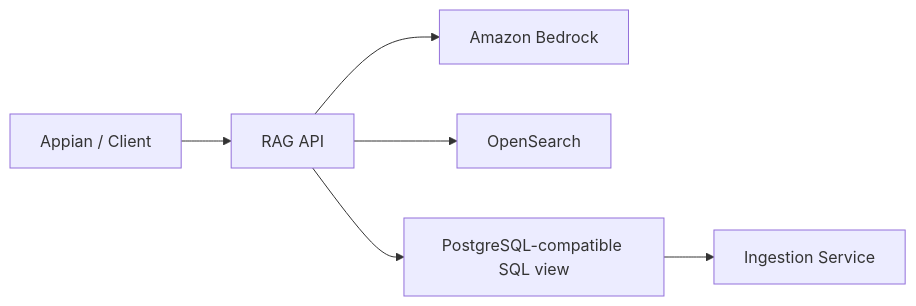
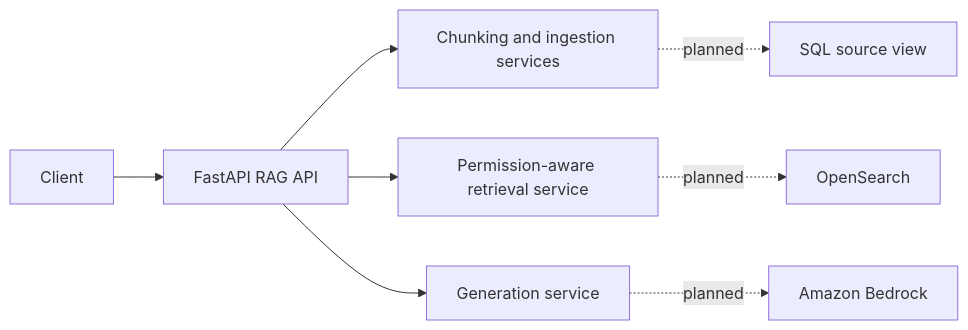
Before and after one commit to pryatahumayun/playground-main: the diagram in playground-main/projects/rag-api-poc/README.md, drawn with Mermaid. The commit also changed other lines of this file and 53 other files, not shown here.

````diff
--- a/playground-main/projects/rag-api-poc/README.md
+++ b/playground-main/projects/rag-api-poc/README.md
@@ -7,8 +29,10 @@
 ```mermaid
 flowchart LR
-    A[Appian / Client] --> B[RAG API]
-    B --> C[Amazon Bedrock]
-    B --> D[OpenSearch]
-    B --> E[PostgreSQL-compatible SQL view]
-    E --> F[Ingestion Service]
+    A[Client] --> B[FastAPI RAG API]
+    B --> C[Chunking and ingestion services]
+    B --> D[Permission-aware retrieval service]
+    B --> E[Generation service]
+    C -. planned .-> F[SQL source view]
+    D -. planned .-> G[OpenSearch]
+    E -. planned .-> H[Amazon Bedrock]
 ```
````
